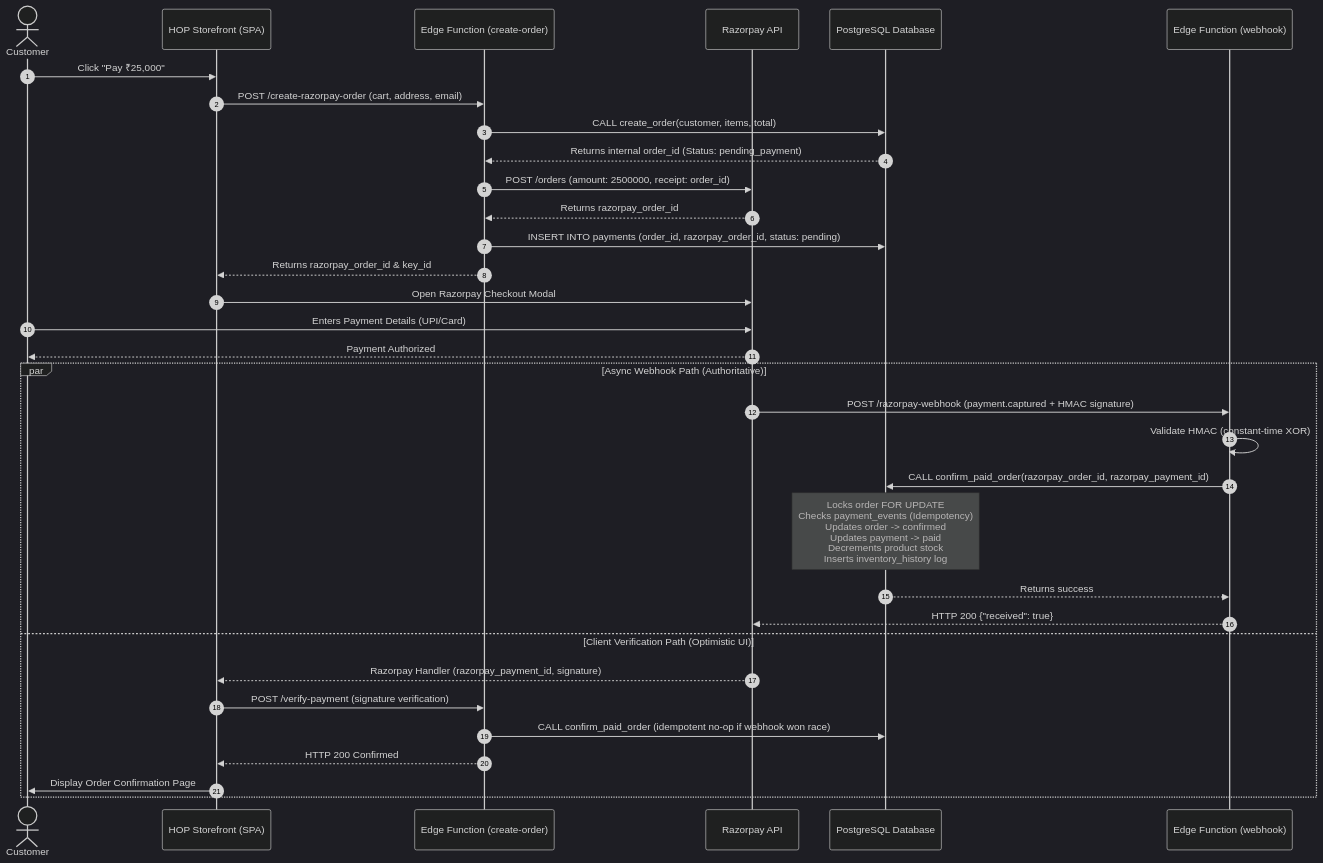
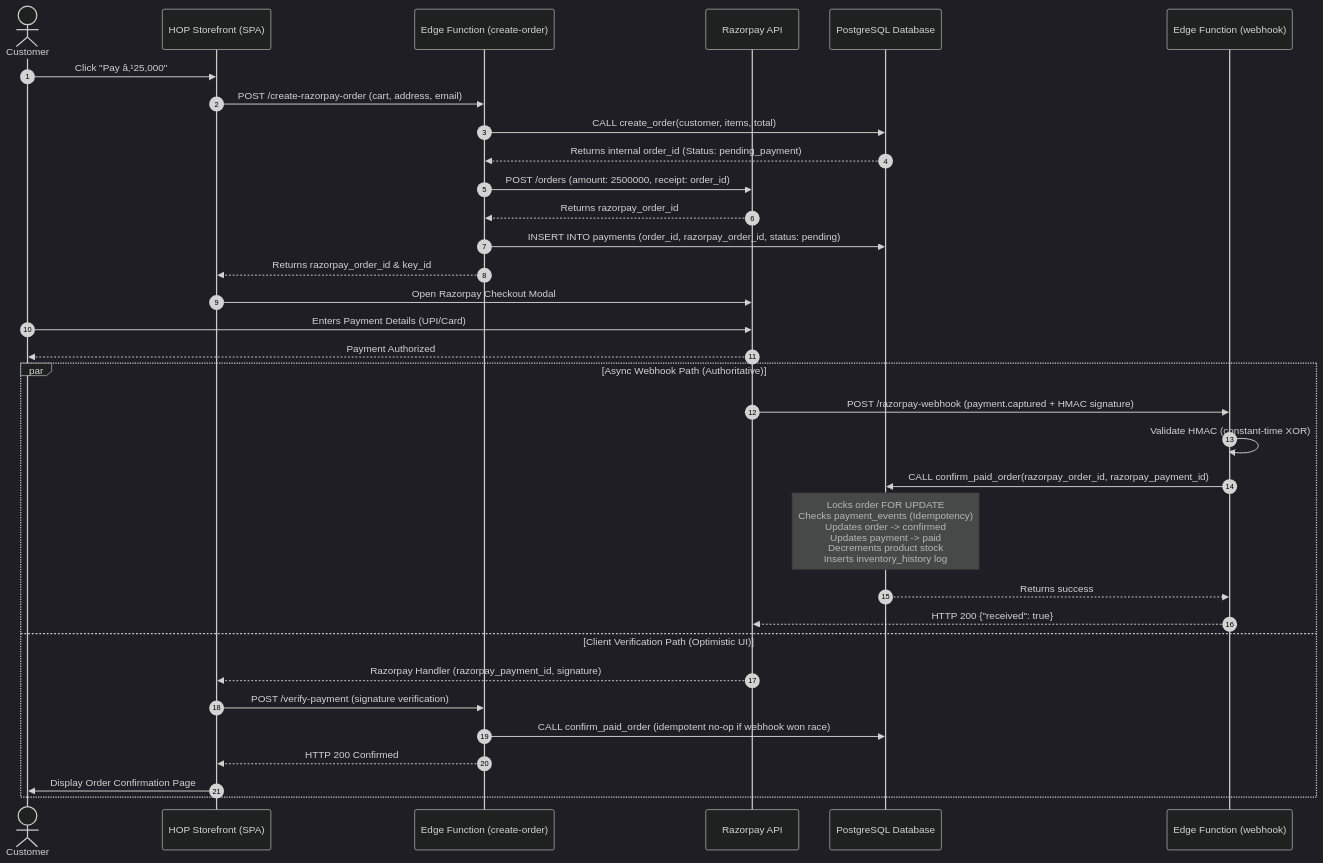
Before and after one commit to chamankishoredharmapal-cloud/HOP-github: the second of 2 diagrams in production/phase-5/04_CROSS_PHASE_DEPENDENCY_MAP.md, drawn with Mermaid (dark theme). The commit also changed other lines of this file and 71 other files, not shown here.

````diff
--- a/production/phase-5/04_CROSS_PHASE_DEPENDENCY_MAP.md
+++ b/production/phase-5/04_CROSS_PHASE_DEPENDENCY_MAP.md
@@ -131,37 +141,37 @@
 ```mermaid
 sequenceDiagram
     autonumber
     actor Customer
     participant Browser as HOP Storefront (SPA)
     participant Edge as Edge Function (create-order)
     participant Razorpay as Razorpay API
     participant DB as PostgreSQL Database
     participant Webhook as Edge Function (webhook)
 
-    Customer->>Browser: Click "Pay ₹25,000"
+    Customer->>Browser: Click "Pay â‚¹25,000"
     Browser->>Edge: POST /create-razorpay-order (cart, address, email)
     Edge->>DB: CALL create_order(customer, items, total)
     DB-->>Edge: Returns internal order_id (Status: pending_payment)
     Edge->>Razorpay: POST /orders (amount: 2500000, receipt: order_id)
     Razorpay-->>Edge: Returns razorpay_order_id
     Edge->>DB: INSERT INTO payments (order_id, razorpay_order_id, status: pending)
     Edge-->>Browser: Returns razorpay_order_id & key_id
     Browser->>Razorpay: Open Razorpay Checkout Modal
     Customer->>Razorpay: Enters Payment Details (UPI/Card)
     Razorpay-->>Customer: Payment Authorized
     
     par Async Webhook Path (Authoritative)
         Razorpay->>Webhook: POST /razorpay-webhook (payment.captured + HMAC signature)
         Webhook->>Webhook: Validate HMAC (constant-time XOR)
         Webhook->>DB: CALL confirm_paid_order(razorpay_order_id, razorpay_payment_id)
         Note over DB: Locks order FOR UPDATE<br/>Checks payment_events (Idempotency)<br/>Updates order -> confirmed<br/>Updates payment -> paid<br/>Decrements product stock<br/>Inserts inventory_history log
         DB-->>Webhook: Returns success
         Webhook-->>Razorpay: HTTP 200 {"received": true}
     and Client Verification Path (Optimistic UI)
         Razorpay-->>Browser: Razorpay Handler (razorpay_payment_id, signature)
         Browser->>Edge: POST /verify-payment (signature verification)
         Edge->>DB: CALL confirm_paid_order (idempotent no-op if webhook won race)
         Edge-->>Browser: HTTP 200 Confirmed
         Browser->>Customer: Display Order Confirmation Page
     end
 ```
````
